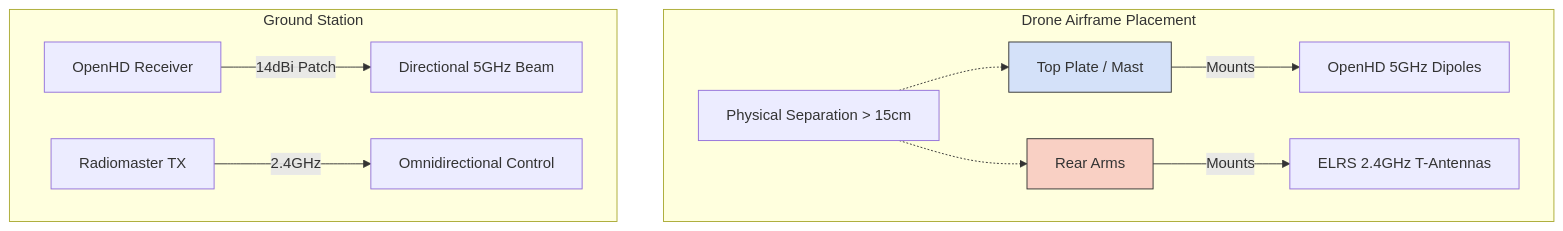
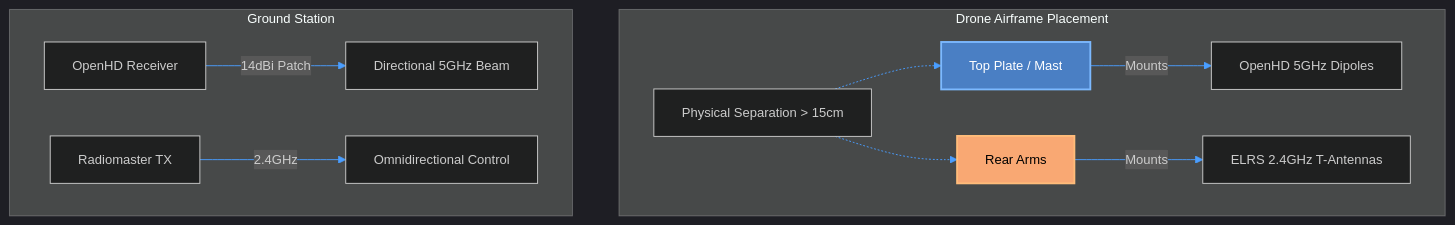
One commit to ironLegion88/Autonomous-UAV changed the second of 2 diagrams in docs/Trade_Studies/03_Communication_Architecture.md. Above: the diagram before and after it, drawn with Mermaid. The commit also changed other lines of this file and 10 other files, not shown here.

Commit message:
docs: Improve Mermaid theming contrast

````diff
--- a/docs/Trade_Studies/03_Communication_Architecture.md
+++ b/docs/Trade_Studies/03_Communication_Architecture.md
@@ -87,17 +88,18 @@
 ```mermaid
+%%{init: {'theme': 'dark', 'themeVariables': {'fontSize': '14px', 'primaryColor': '#1e1e1e', 'primaryTextColor': '#ffffff', 'primaryBorderColor': '#4a9eff', 'lineColor': '#4a9eff'}, 'flowchart': {'useMaxWidth': true}}}%%
 flowchart TD
     subgraph Drone Airframe Placement
         Top[Top Plate / Mast] -->|Mounts| OHD[OpenHD 5GHz Dipoles]
         Rear[Rear Arms] -->|Mounts| ELRS[ELRS 2.4GHz T-Antennas]
         Space[Physical Separation > 15cm] -.-> Top
         Space -.-> Rear
     end
 
     subgraph Ground Station
         GS_OHD[OpenHD Receiver] -->|14dBi Patch| Directional[Directional 5GHz Beam]
         GS_ELRS[Radiomaster TX] -->|2.4GHz| Omni[Omnidirectional Control]
     end
     
-    style Top fill:#d4e1f9,stroke:#333
-    style Rear fill:#f9d0c4,stroke:#333
+    style Top fill:#4a7fc4,stroke:#7cb9ff,stroke-width:2px,color:#ffffff
+    style Rear fill:#f9a873,stroke:#ffbc7a,stroke-width:2px,color:#000000
 ```
````
